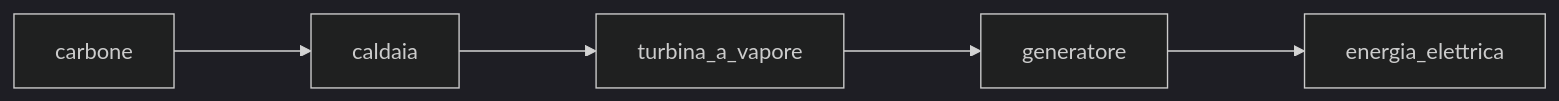
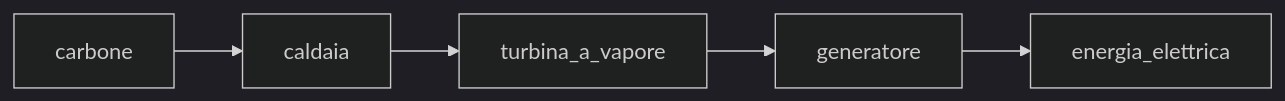
One commit to dennyb87/elettrotecnica-serale changed the second of 3 diagrams in classe_3/sistemi/uda_2/consegne/C01_sistema_elettrico_energia.md. Above: the diagram before and after it, drawn with Mermaid (dark theme). The commit also changed other lines of this file, not shown here.

````diff
--- a/classe_3/sistemi/uda_2/consegne/C01_sistema_elettrico_energia.md
+++ b/classe_3/sistemi/uda_2/consegne/C01_sistema_elettrico_energia.md
@@ -31,4 +31,4 @@
 ```mermaid
 flowchart LR
-    carbone--->caldaia--->turbina_a_vapore--->generatore--->energia_elettrica
+    carbone-->caldaia-->turbina_a_vapore-->generatore-->energia_elettrica
 ```  
````
